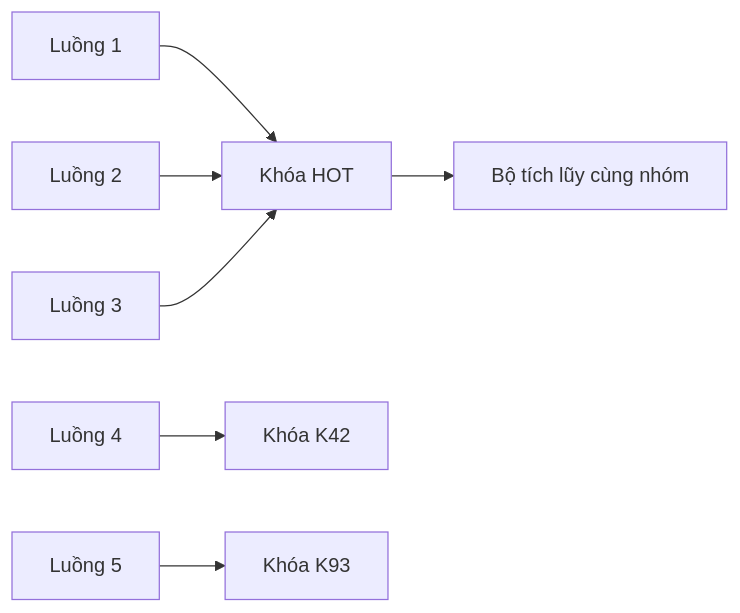
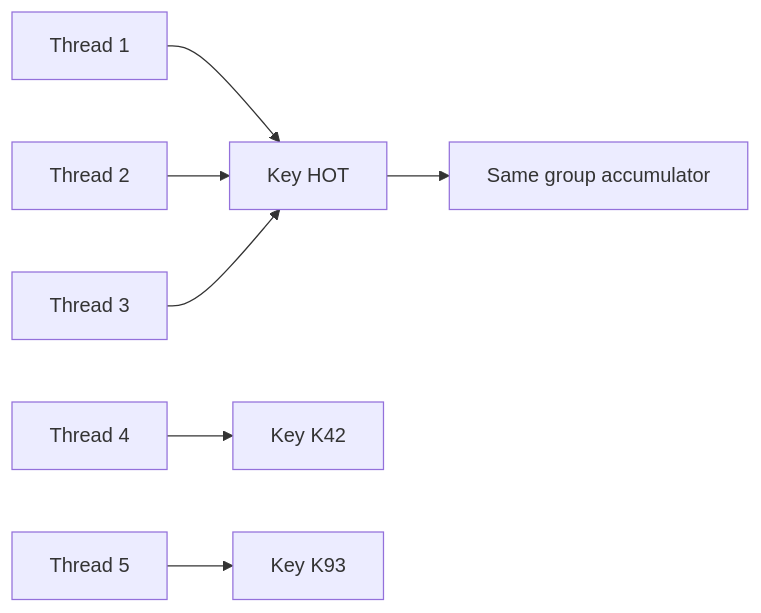
One commit to phuongnguyenit93/learning-platform-data changed the diagram in module/platform/development/programming/language/java/core/stream-api/content/knowledge/en/21.concurrent-collectors/concurrent-collectors-007.md. Above: the diagram before and after it, drawn with Mermaid. The commit also changed other lines of this file and 2307 other files, not shown here.

````diff
--- a/module/platform/development/programming/language/java/core/stream-api/content/knowledge/en/21.concurrent-collectors/concurrent-collectors-007.md
+++ b/module/platform/development/programming/language/java/core/stream-api/content/knowledge/en/21.concurrent-collectors/concurrent-collectors-007.md
@@ -45,9 +45,9 @@
 ```mermaid
 flowchart LR
-    A[Luồng 1] --> H[Khóa HOT]
-    B[Luồng 2] --> H
-    C[Luồng 3] --> H
-    H --> D[Bộ tích lũy cùng nhóm]
-    E[Luồng 4] --> K[Khóa K42]
-    F[Luồng 5] --> M[Khóa K93]
+    A[Thread 1] --> H[Key HOT]
+    B[Thread 2] --> H
+    C[Thread 3] --> H
+    H --> D[Same group accumulator]
+    E[Thread 4] --> K[Key K42]
+    F[Thread 5] --> M[Key K93]
 ```
````
